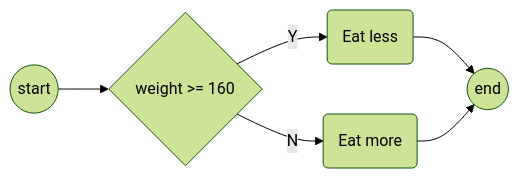
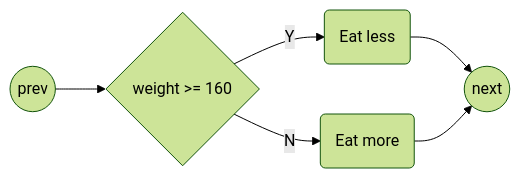
Before and after one commit to ufidon/c: the third of 4 diagrams in mod3/algo.md, drawn with Mermaid (forest theme). The commit also changed other lines of this file and 3 other files, not shown here.

````diff
--- a/mod3/algo.md
+++ b/mod3/algo.md
@@ -81,9 +81,9 @@
 ```mermaid
 flowchart LR
-  s((start)) --> w{weight >= 160}
+  s((prev)) --> w{weight >= 160}
   w-->|Y|L(Eat less)
   w-->|N|M(Eat more)
   L-->e
   M-->e
-  e((end))
+  e((next))
 ```
````
